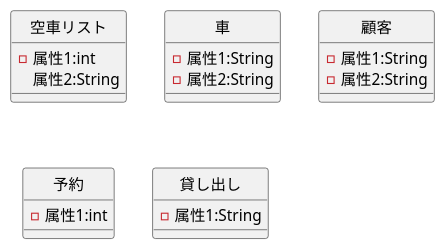
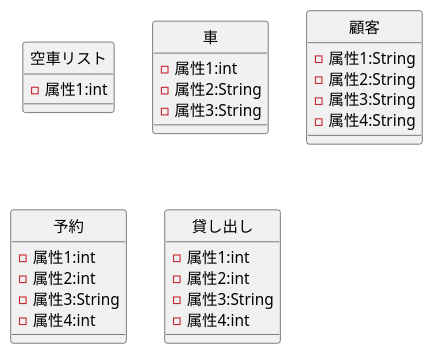
One commit to seyakatekudouu/UML_Introduction changed the diagram in 例題3-1_CL_車両貸出システム.pu. Above: the diagram before and after it, drawn with PlantUML.

Commit message:
宿題

```diff
--- a/例題3-1_CL_車両貸出システム.pu
+++ b/例題3-1_CL_車両貸出システム.pu
@@ -1,28 +1,38 @@
 @startuml
 ' skinparam classAttributeIconSize 0
 class 空車リスト {
 - 属性1:int
- 属性2:String
+
 }
 class 車 {
-- 属性1:String  
-- 属性2:String  
+- 属性1:int  
+- 属性2:String 
+- 属性3:String  
 }
 class 顧客 {
 - 属性1:String
 - 属性2:String
+- 属性3:String
+- 属性4:String
 }
 class 予約 {
-- 属性1:int
+- 属性1:int 
+- 属性2:int 
+- 属性3:String 
+- 属性4:int
 }
 
 class 貸し出し {
-- 属性1:String
+- 属性1:int 
+- 属性2:int 
+- 属性3:String 
+- 属性4:int
+
 }
 hide 空車リスト circle
 hide 車 circle
 hide 顧客 circle
 hide 予約 circle
 hide 貸し出し circle
 
 @enduml
```
